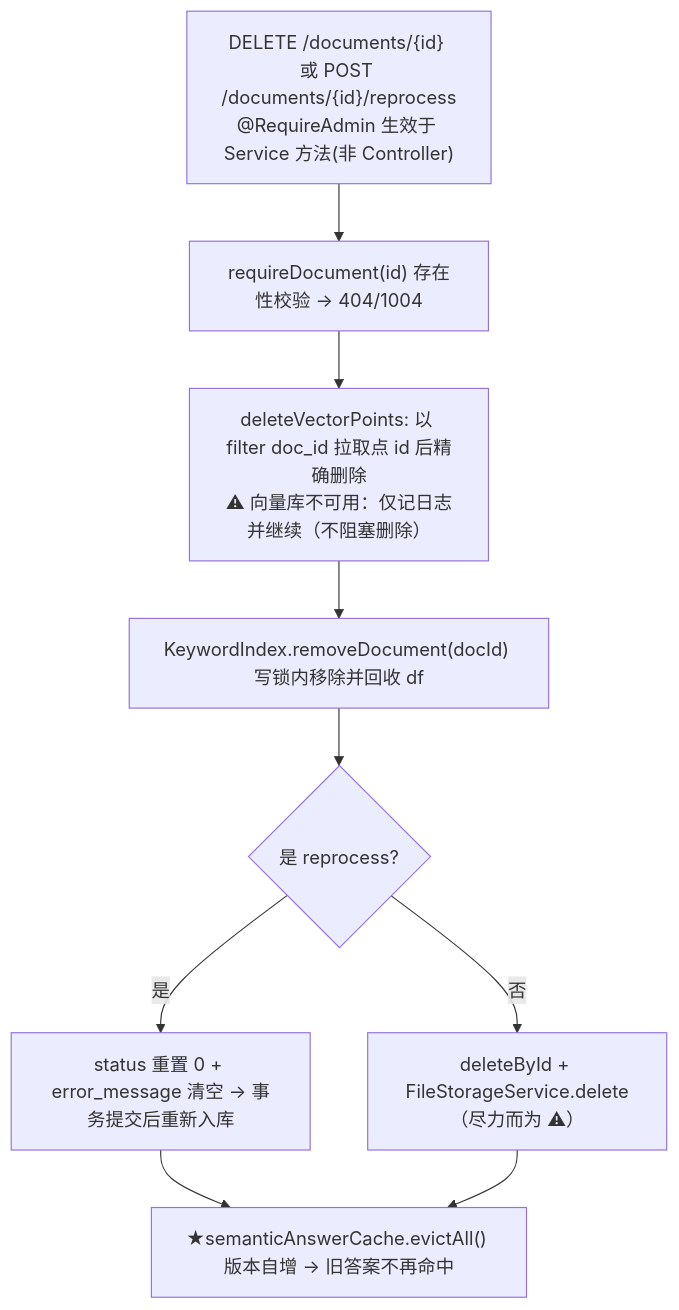
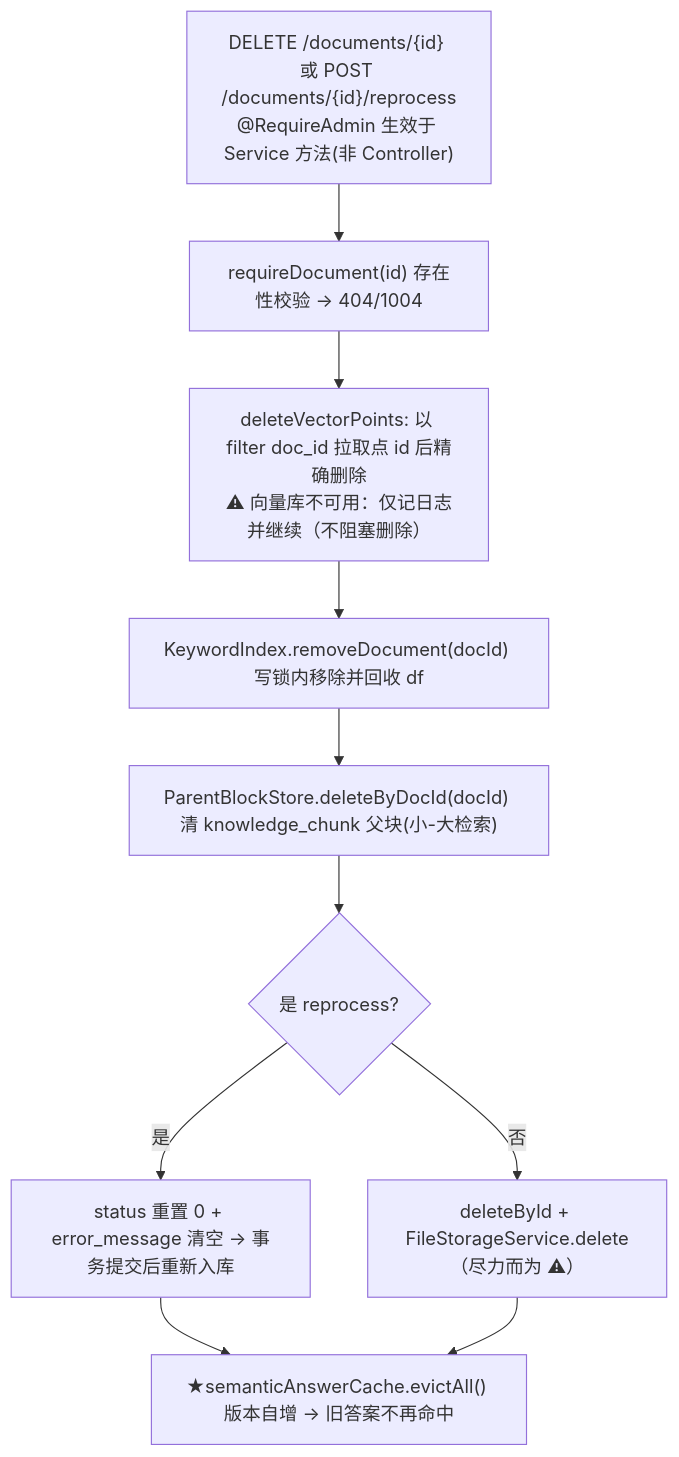
One commit to suiyile02/cc-ai-agent changed the seventh of 20 diagrams in docs/flow-map.md. Above: the diagram before and after it, drawn with Mermaid. The commit also changed other lines of this file and 22 other files, not shown here.

First line of the commit message:
feat(knowledge): 父子文档(小-大检索)——小块召回+父块上下文

````diff
--- a/docs/flow-map.md
+++ b/docs/flow-map.md
@@ -286,11 +287,12 @@
 ```mermaid
 flowchart TD
     D0["DELETE /documents/{id} 或 POST /documents/{id}/reprocess<br/>@RequireAdmin 生效于 Service 方法(非 Controller)"] --> D1["requireDocument(id) 存在性校验 → 404/1004"]
     D1 --> D2["deleteVectorPoints: 以 filter doc_id 拉取点 id 后精确删除<br/>⚠ 向量库不可用：仅记日志并继续（不阻塞删除）"]
     D2 --> D3["KeywordIndex.removeDocument(docId) 写锁内移除并回收 df"]
-    D3 --> D4{"是 reprocess?"}
+    D3 --> D3B["ParentBlockStore.deleteByDocId(docId) 清 knowledge_chunk 父块(小-大检索)"]
+    D3B --> D4{"是 reprocess?"}
     D4 -->|是| D5["status 重置 0 + error_message 清空 → 事务提交后重新入库"]
     D4 -->|否| D6["deleteById + FileStorageService.delete（尽力而为 ⚠）"]
     D5 --> D7["★semanticAnswerCache.evictAll() 版本自增 → 旧答案不再命中"]
     D6 --> D7
 ```
````
